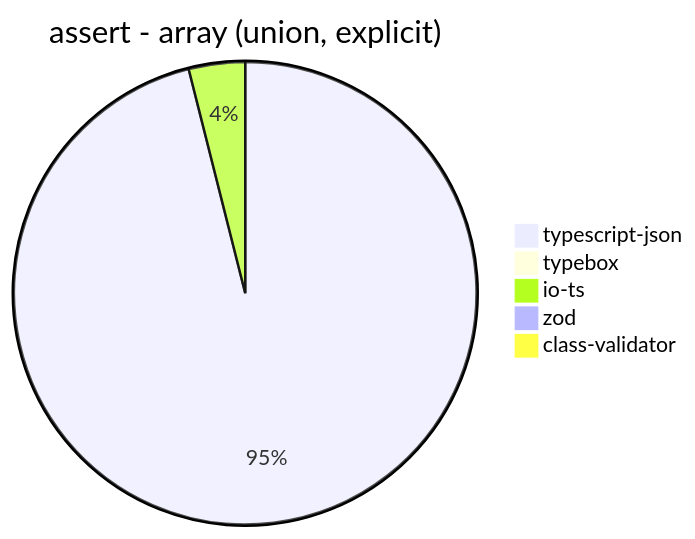
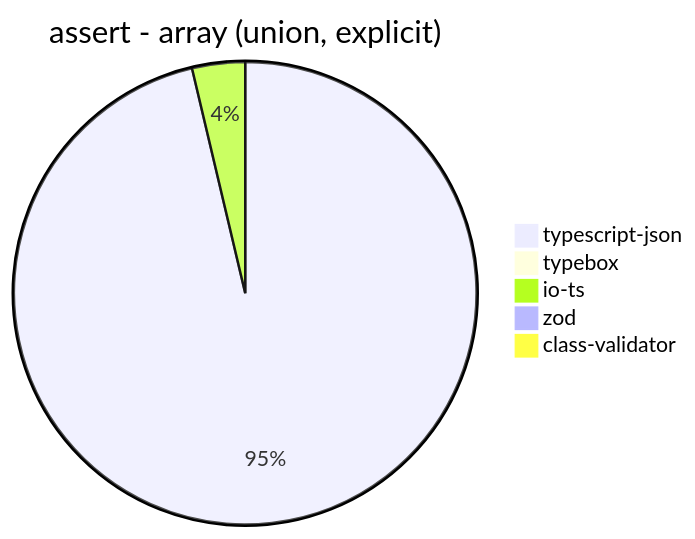
Before and after one commit to samchon/typia: diagram 14 of 39 in benchmark/results/AMD Ryzen 9 5900HX with Radeon Graphics.md, drawn with Mermaid. The commit also changed other lines of this file and 3 other files, not shown here.

````diff
--- a/benchmark/results/AMD Ryzen 9 5900HX with Radeon Graphics.md
+++ b/benchmark/results/AMD Ryzen 9 5900HX with Radeon Graphics.md
@@ -176,8 +176,8 @@
 ```mermaid
 pie title assert - array (union, explicit)
-  "typescript-json": 2168.768011527378
-  "typebox": 21.892527591821963
-  "io-ts": 88.83575501195511
-  "zod": 3.0205776854823485
-  "class-validator": 8.170245107353221
+  "typescript-json": 2292.8455577581544
+  "typebox": 19.874861980125136
+  "io-ts": 88.09310653536258
+  "zod": 3.008084226358338
+  "class-validator": 7.946775087784144
 ```
````
